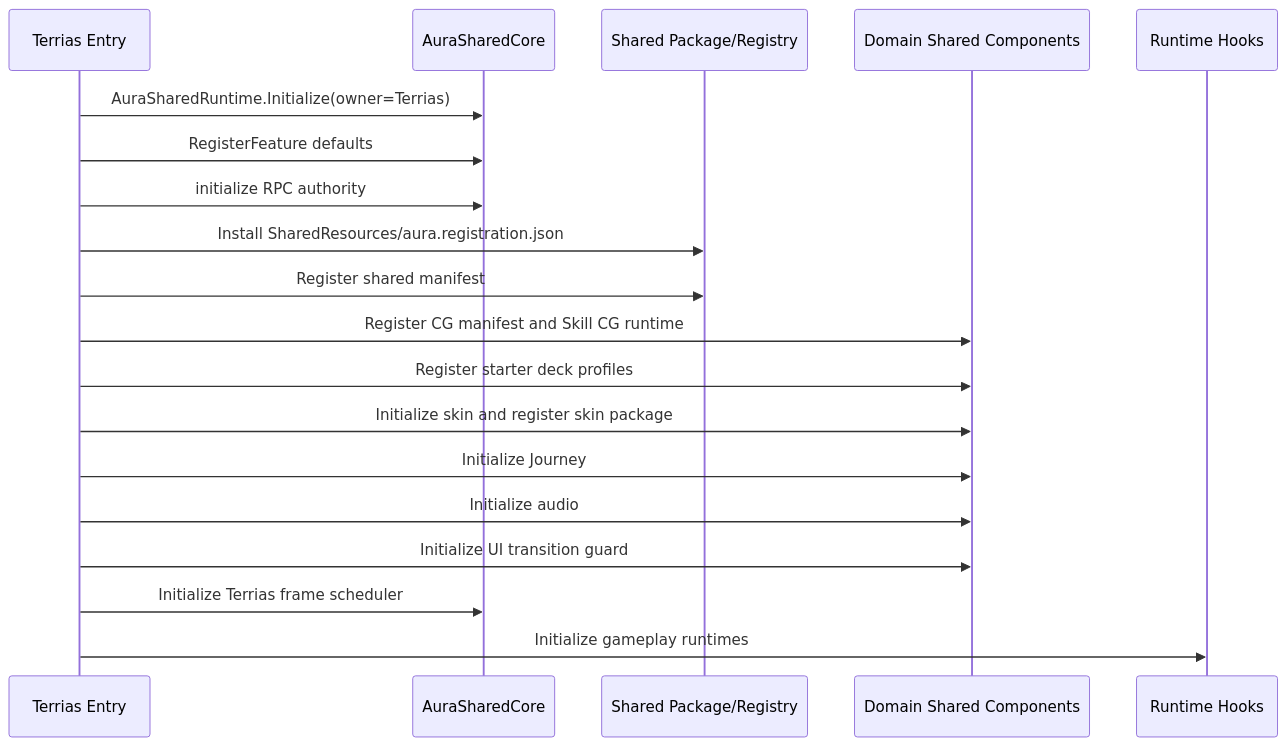
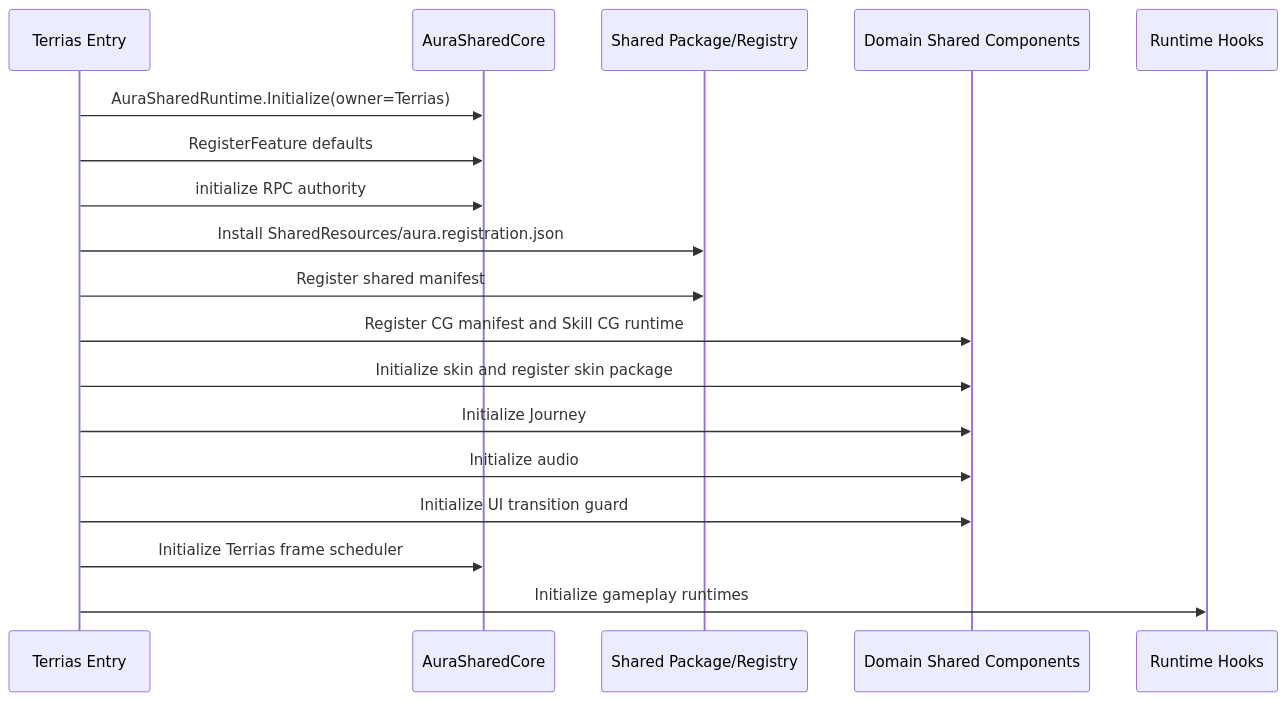
Before and after one commit to AuraKaliya/apocalyptic-journey-mod-SunExp: the second of 2 diagrams in docs/Terrias/04-Aura共享层与核心层接入.md, drawn with Mermaid. The commit also changed 80 other files, not shown here.

````diff
--- a/docs/Terrias/04-Aura共享层与核心层接入.md
+++ b/docs/Terrias/04-Aura共享层与核心层接入.md
@@ -95,22 +95,21 @@
 ```mermaid
 sequenceDiagram
     participant E as Terrias Entry
     participant C as AuraSharedCore
     participant P as Shared Package/Registry
     participant D as Domain Shared Components
     participant H as Runtime Hooks
 
     E->>C: AuraSharedRuntime.Initialize(owner=Terrias)
     E->>C: RegisterFeature defaults
     E->>C: initialize RPC authority
     E->>P: Install SharedResources/aura.registration.json
     E->>P: Register shared manifest
     E->>D: Register CG manifest and Skill CG runtime
-    E->>D: Register starter deck profiles
     E->>D: Initialize skin and register skin package
     E->>D: Initialize Journey
     E->>D: Initialize audio
     E->>D: Initialize UI transition guard
     E->>C: Initialize Terrias frame scheduler
     E->>H: Initialize gameplay runtimes
 ```
````
